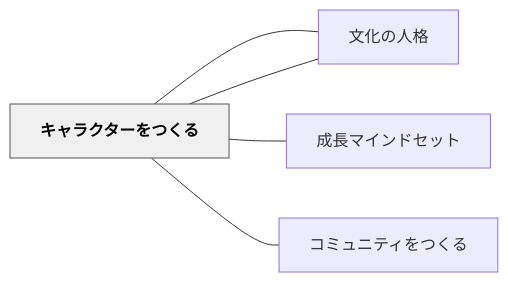
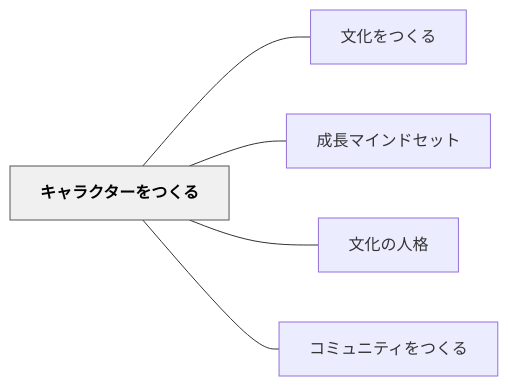
One commit to unknownthings-ed-patterns/unknownthings-ed-patterns changed the diagram in content/パタン/キャラクターをつくる.md. Above: the diagram before and after it, drawn with Mermaid. The commit also changed 527 other files, not shown here.

````diff
--- a/content/パタン/キャラクターをつくる.md
+++ b/content/パタン/キャラクターをつくる.md
@@ -52,16 +52,16 @@
 ```mermaid
 flowchart LR
-    ne382ade383a3["キャラクターをつくる"]
-    ne69687e58c96["文化をつくる"]
-    ne68890e995b7["成長マインドセット"]
-    ne69687e58c96["文化の人格"]
-    ne382b3e3839f["コミュニティをつくる"]
+    ne382ade383a3e383a9e382afe382bfe383bce38292e381a4e3818fe3828b["キャラクターをつくる"]
+    ne69687e58c96e38292e381a4e3818fe3828b["文化をつくる"]
+    ne68890e995b7e3839ee382a4e383b3e38389e382bbe38383e38388["成長マインドセット"]
+    ne69687e58c96e381aee4babae6a0bc["文化の人格"]
+    ne382b3e3839fe383a5e3838be38386e382a3e38292e381a4e3818fe3828b["コミュニティをつくる"]
 
-    ne382ade383a3 --- ne69687e58c96
-    ne382ade383a3 --- ne68890e995b7
-    ne382ade383a3 --- ne69687e58c96
-    ne382ade383a3 --- ne382b3e3839f
+    ne382ade383a3e383a9e382afe382bfe383bce38292e381a4e3818fe3828b --- ne69687e58c96e38292e381a4e3818fe3828b
+    ne382ade383a3e383a9e382afe382bfe383bce38292e381a4e3818fe3828b --- ne68890e995b7e3839ee382a4e383b3e38389e382bbe38383e38388
+    ne382ade383a3e383a9e382afe382bfe383bce38292e381a4e3818fe3828b --- ne69687e58c96e381aee4babae6a0bc
+    ne382ade383a3e383a9e382afe382bfe383bce38292e381a4e3818fe3828b --- ne382b3e3839fe383a5e3838be38386e382a3e38292e381a4e3818fe3828b
 
     classDef hub fill:#f0f0f0,stroke:#555,color:#000,font-weight:bold
-    class ne382ade383a3 hub
+    class ne382ade383a3e383a9e382afe382bfe383bce38292e381a4e3818fe3828b hub
 ```
````
